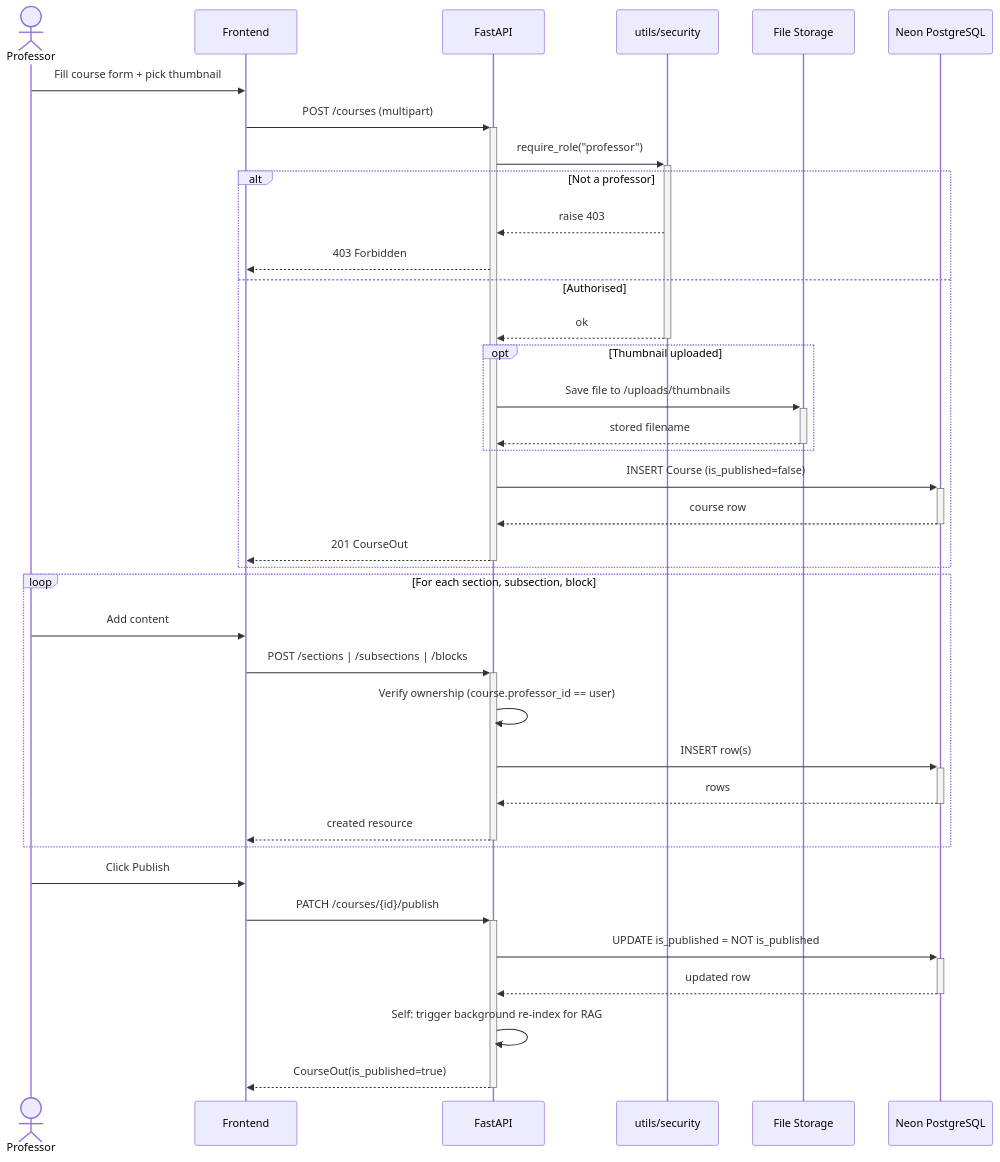
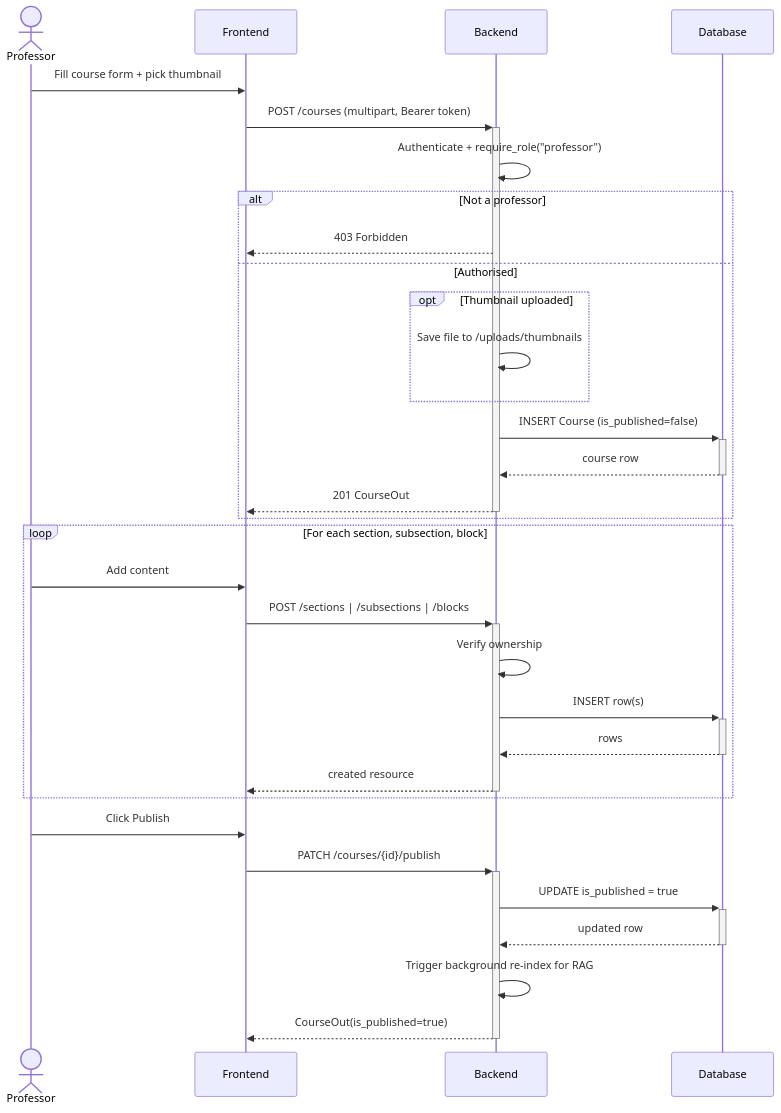
The fourth of 5 diagrams in docs/sprints/SPRINT_2.md (yazidha09/Hub4Learners), drawn with Mermaid before and after one commit. The commit also changed other lines of this file and 5 other files, not shown here.

````diff
--- a/docs/sprints/SPRINT_2.md
+++ b/docs/sprints/SPRINT_2.md
@@ -158,42 +158,37 @@
 ```mermaid
 sequenceDiagram
     actor Professor
     participant Frontend
-    participant API as FastAPI
-    participant Sec as utils/security
-    participant FS as File Storage
-    participant DB as Neon PostgreSQL
+    participant Backend
+    participant DB as Database
 
     Professor->>Frontend: Fill course form + pick thumbnail
-    Frontend->>+API: POST /courses (multipart)
-    API->>+Sec: require_role("professor")
+    Frontend->>+Backend: POST /courses (multipart, Bearer token)
+    Backend->>Backend: Authenticate + require_role("professor")
     alt Not a professor
-        Sec-->>API: raise 403
-        API-->>Frontend: 403 Forbidden
+        Backend-->>Frontend: 403 Forbidden
     else Authorised
-        Sec-->>-API: ok
         opt Thumbnail uploaded
-            API->>+FS: Save file to /uploads/thumbnails
-            FS-->>-API: stored filename
+            Backend->>Backend: Save file to /uploads/thumbnails
         end
-        API->>+DB: INSERT Course (is_published=false)
-        DB-->>-API: course row
-        API-->>-Frontend: 201 CourseOut
+        Backend->>+DB: INSERT Course (is_published=false)
+        DB-->>-Backend: course row
+        Backend-->>-Frontend: 201 CourseOut
     end
 
     loop For each section, subsection, block
         Professor->>Frontend: Add content
-        Frontend->>+API: POST /sections | /subsections | /blocks
-        API->>API: Verify ownership (course.professor_id == user)
-        API->>+DB: INSERT row(s)
-        DB-->>-API: rows
-        API-->>-Frontend: created resource
+        Frontend->>+Backend: POST /sections | /subsections | /blocks
+        Backend->>Backend: Verify ownership
+        Backend->>+DB: INSERT row(s)
+        DB-->>-Backend: rows
+        Backend-->>-Frontend: created resource
     end
 
     Professor->>Frontend: Click Publish
-    Frontend->>+API: PATCH /courses/{id}/publish
-    API->>+DB: UPDATE is_published = NOT is_published
-    DB-->>-API: updated row
-    API->>API: Self: trigger background re-index for RAG
-    API-->>-Frontend: CourseOut(is_published=true)
+    Frontend->>+Backend: PATCH /courses/{id}/publish
+    Backend->>+DB: UPDATE is_published = true
+    DB-->>-Backend: updated row
+    Backend->>Backend: Trigger background re-index for RAG
+    Backend-->>-Frontend: CourseOut(is_published=true)
 ```
````
